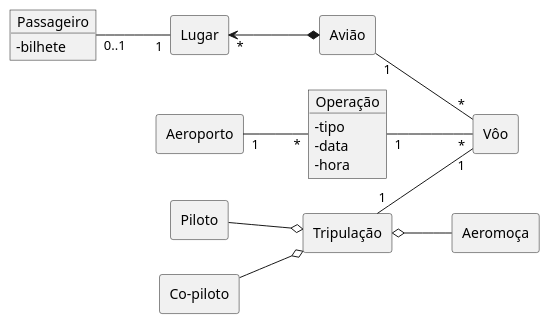
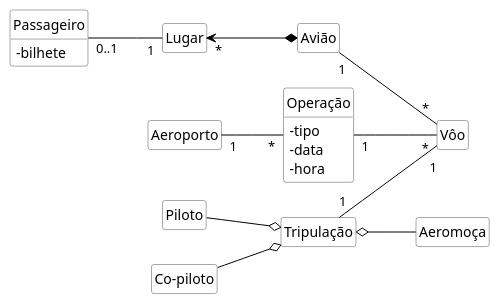
One commit to kyriosdata/oo changed the diagram in imagens/modelos-05/mod05ima03/mod05ima03.plantuml. Above: the diagram before and after it, drawn with PlantUML. The commit also changed 11 other files, not shown here.

```diff
--- a/imagens/modelos-05/mod05ima03/mod05ima03.plantuml
+++ b/imagens/modelos-05/mod05ima03/mod05ima03.plantuml
@@ -1,30 +1,39 @@
 @startuml mod05ima03
+hide circle
+hide methods
+hide empty members
+
+skinparam class {
+    BackgroundColor White
+    ArrowColor Black
+    BorderColor #505050
+}
 allow_mixing
 skinparam classAttributeIconSize 0
-object "Passageiro" as pa
+class "Passageiro" as pa
 pa : -bilhete
-rectangle "Lugar" as lu
-rectangle "Avião" as av
-rectangle "Aeroporto" as ae 
-object "Operação" as op
+class "Lugar" as lu
+class "Avião" as av
+class "Aeroporto" as ae 
+class "Operação" as op
 op : -tipo 
 op : -data 
 op : -hora
-rectangle "Vôo" as vo
-rectangle "Piloto" as pi
-rectangle "Tripulação" as tr
-rectangle "Aeromoça" as aa
-rectangle "Co-piloto" as co
+class "Vôo" as vo
+class "Piloto" as pi
+class "Tripulação" as tr
+class "Aeromoça" as aa
+class "Co-piloto" as co
 left to right direction
 
 pa "0..1"--"1" lu
 lu "*"<--* av
 av "1"--"*" vo 
 ae "1"--"*" op 
 op "1"--"*" vo
 pi --o tr
 tr "1"--"1" vo
 tr o-- aa
 co --o tr
 
 @enduml
```
